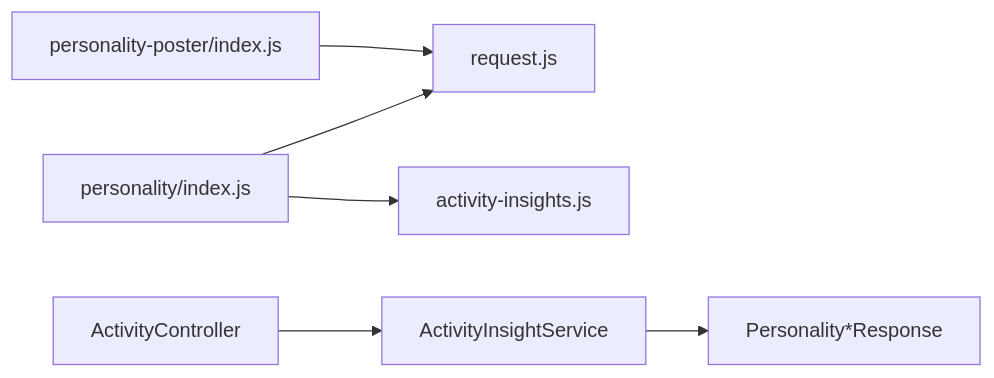
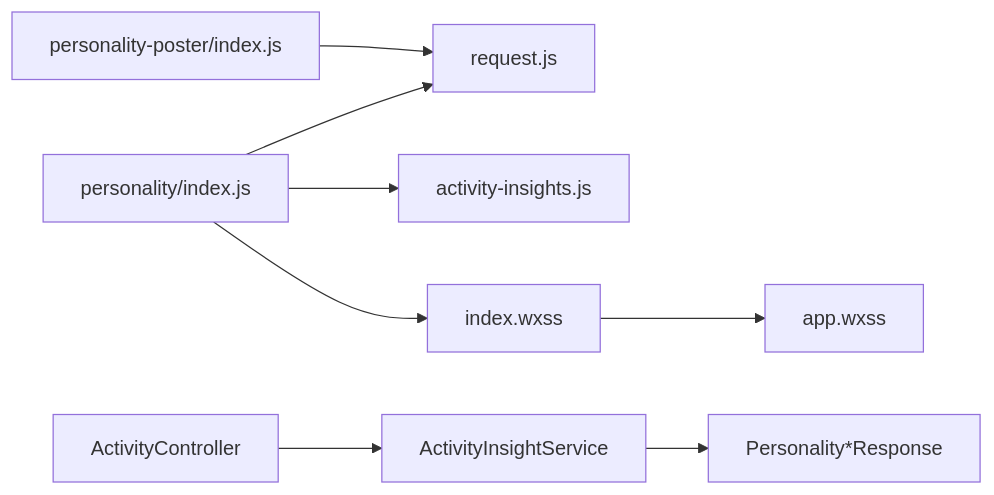
The eighth of 8 diagrams in .qoder/repowiki/zh/content/前端开发/页面组件开发/个人画像页面开发.md (cwxiao/zugeju), drawn with Mermaid before and after one commit. The commit also changed other lines of this file and 39 other files, not shown here.

First line of the commit message:
前端优化：压缩UI装饰图至38KB + 精简各页面冗余文案

````diff
--- a/.qoder/repowiki/zh/content/前端开发/页面组件开发/个人画像页面开发.md
+++ b/.qoder/repowiki/zh/content/前端开发/页面组件开发/个人画像页面开发.md
@@ -419,8 +614,10 @@
 ```mermaid
 graph LR
 PIndex["personality/index.js"] --> Request["request.js"]
 PIndex --> Utils["activity-insights.js"]
+PIndex --> Styles["index.wxss"]
+Styles --> AppStyles["app.wxss"]
 PPoster["personality-poster/index.js"] --> Request
 Controller["ActivityController"] --> InsightSvc["ActivityInsightService"]
 InsightSvc --> DTOs["Personality*Response"]
 ```
````
